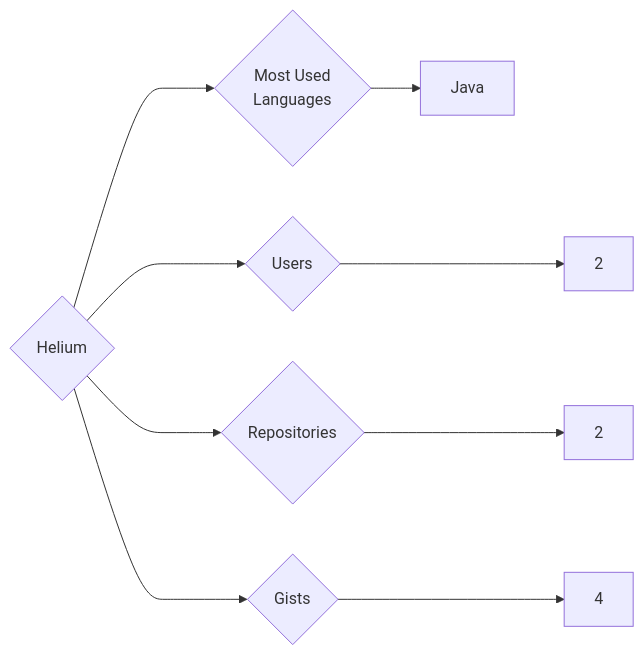
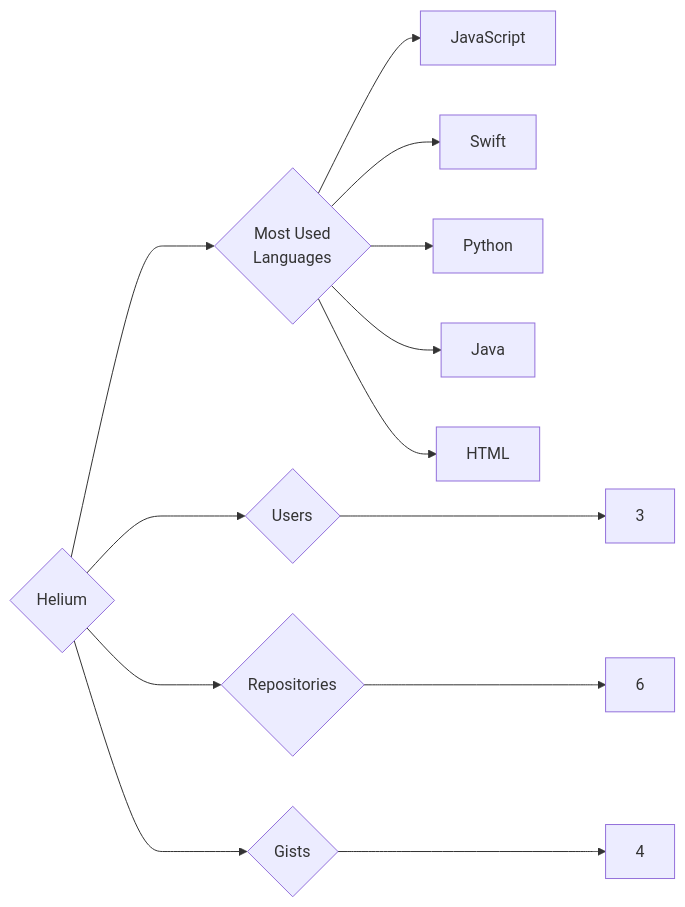
Before and after one commit to trickest/insiders: the diagram in targets/Helium/README.md, drawn with Mermaid. The commit also changed 1055 other files, not shown here.

````diff
--- a/targets/Helium/README.md
+++ b/targets/Helium/README.md
@@ -3,9 +3,13 @@
 ```mermaid
 graph LR
 COMPANY_NAME{Helium}
-COMPANY_NAME ---> U{Users} ---> UN[2]
-COMPANY_NAME ---> R{Repositories} ---> RN[2]
+COMPANY_NAME ---> U{Users} ---> UN[3]
+COMPANY_NAME ---> R{Repositories} ---> RN[6]
 COMPANY_NAME ---> G{Gists} ---> GN[4]
 COMPANY_NAME ---> ML{Most Used<br>Languages}
+ML --> JavaScript[JavaScript]
+ML --> Swift[Swift]
+ML --> Python[Python]
 ML --> Java[Java]
+ML --> HTML[HTML]
 ```
````
